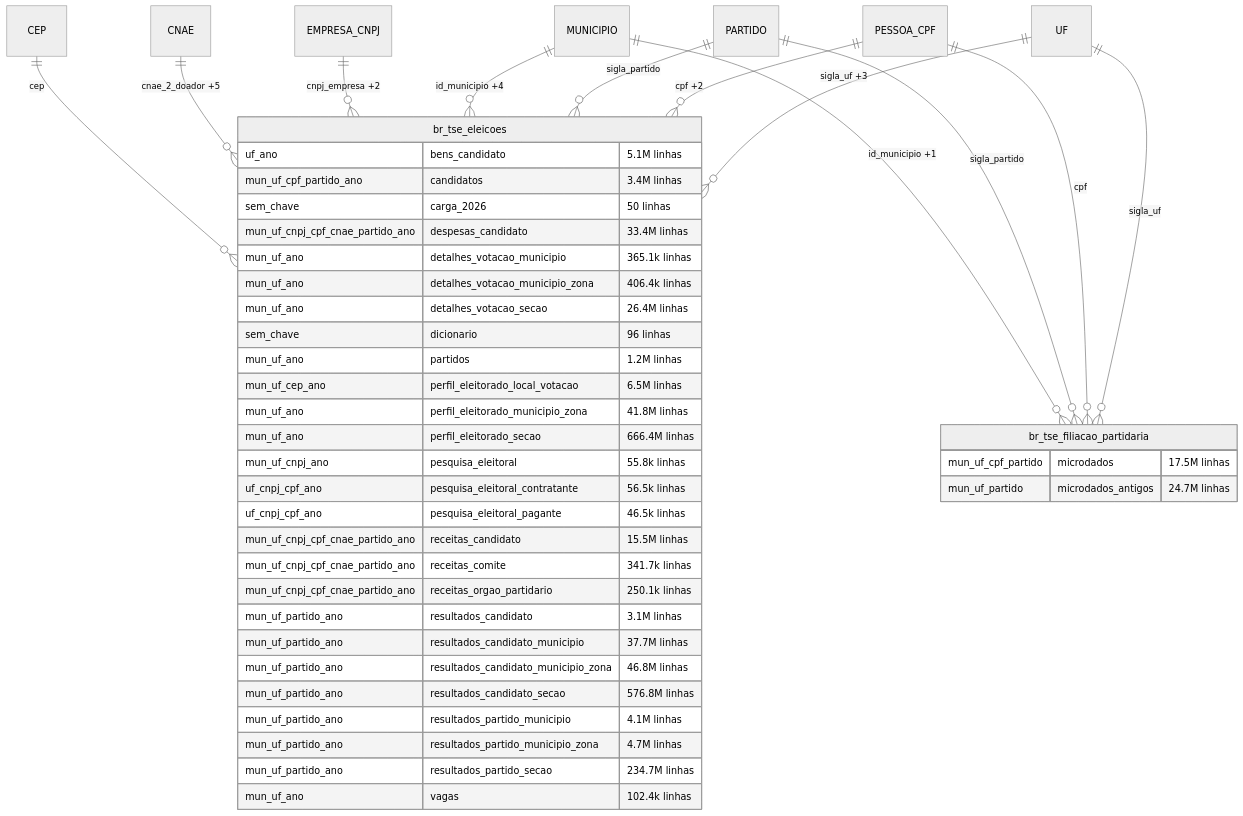
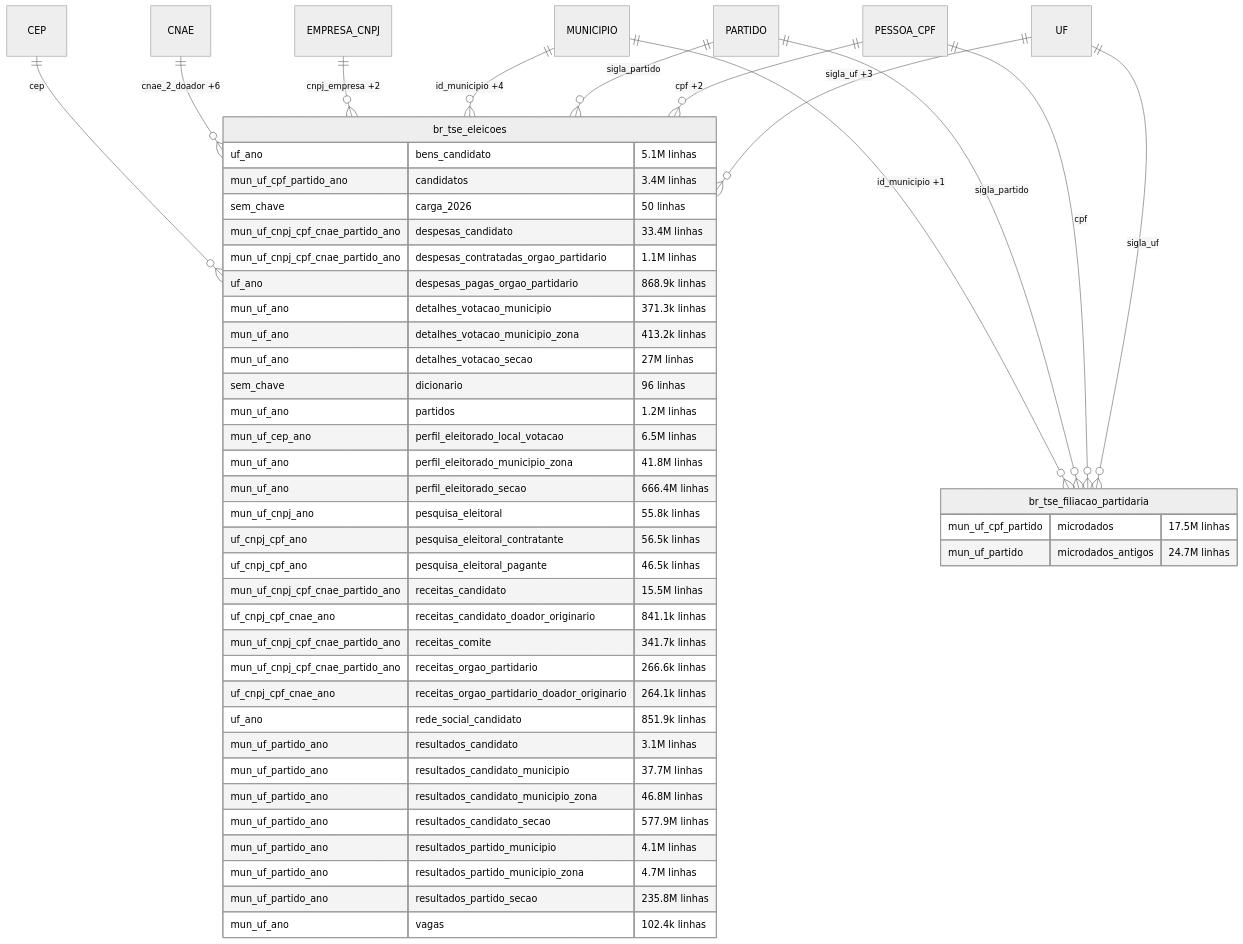
Diagram 20 of 37 in docs/mapa/ERD.md (rafapolo/rodado), drawn with Mermaid (neutral theme) before and after one commit. The commit also changed other lines of this file and 39 other files, not shown here.

````diff
--- a/docs/mapa/ERD.md
+++ b/docs/mapa/ERD.md
@@ -1741,46 +1850,51 @@
 ```mermaid
 erDiagram
     CEP ||--o{ br_tse_eleicoes : "cep"
-    CNAE ||--o{ br_tse_eleicoes : "cnae_2_doador +5"
+    CNAE ||--o{ br_tse_eleicoes : "cnae_2_doador +6"
     EMPRESA_CNPJ ||--o{ br_tse_eleicoes : "cnpj_empresa +2"
     MUNICIPIO ||--o{ br_tse_eleicoes : "id_municipio +4"
     PARTIDO ||--o{ br_tse_eleicoes : "sigla_partido"
     PESSOA_CPF ||--o{ br_tse_eleicoes : "cpf +2"
     UF ||--o{ br_tse_eleicoes : "sigla_uf +3"
     MUNICIPIO ||--o{ br_tse_filiacao_partidaria : "id_municipio +1"
     PARTIDO ||--o{ br_tse_filiacao_partidaria : "sigla_partido"
     PESSOA_CPF ||--o{ br_tse_filiacao_partidaria : "cpf"
     UF ||--o{ br_tse_filiacao_partidaria : "sigla_uf"
     br_tse_eleicoes {
         uf_ano bens_candidato "5.1M linhas"
         mun_uf_cpf_partido_ano candidatos "3.4M linhas"
         sem_chave carga_2026 "50 linhas"
         mun_uf_cnpj_cpf_cnae_partido_ano despesas_candidato "33.4M linhas"
-        mun_uf_ano detalhes_votacao_municipio "365.1k linhas"
-        mun_uf_ano detalhes_votacao_municipio_zona "406.4k linhas"
-        mun_uf_ano detalhes_votacao_secao "26.4M linhas"
+        mun_uf_cnpj_cpf_cnae_partido_ano despesas_contratadas_orgao_partidario "1.1M linhas"
+        uf_ano despesas_pagas_orgao_partidario "868.9k linhas"
+        mun_uf_ano detalhes_votacao_municipio "371.3k linhas"
+        mun_uf_ano detalhes_votacao_municipio_zona "413.2k linhas"
+        mun_uf_ano detalhes_votacao_secao "27M linhas"
         sem_chave dicionario "96 linhas"
         mun_uf_ano partidos "1.2M linhas"
         mun_uf_cep_ano perfil_eleitorado_local_votacao "6.5M linhas"
         mun_uf_ano perfil_eleitorado_municipio_zona "41.8M linhas"
         mun_uf_ano perfil_eleitorado_secao "666.4M linhas"
         mun_uf_cnpj_ano pesquisa_eleitoral "55.8k linhas"
         uf_cnpj_cpf_ano pesquisa_eleitoral_contratante "56.5k linhas"
         uf_cnpj_cpf_ano pesquisa_eleitoral_pagante "46.5k linhas"
         mun_uf_cnpj_cpf_cnae_partido_ano receitas_candidato "15.5M linhas"
+        uf_cnpj_cpf_cnae_ano receitas_candidato_doador_originario "841.1k linhas"
         mun_uf_cnpj_cpf_cnae_partido_ano receitas_comite "341.7k linhas"
-        mun_uf_cnpj_cpf_cnae_partido_ano receitas_orgao_partidario "250.1k linhas"
+        mun_uf_cnpj_cpf_cnae_partido_ano receitas_orgao_partidario "266.6k linhas"
+        uf_cnpj_cpf_cnae_ano receitas_orgao_partidario_doador_originario "264.1k linhas"
+        uf_ano rede_social_candidato "851.9k linhas"
         mun_uf_partido_ano resultados_candidato "3.1M linhas"
         mun_uf_partido_ano resultados_candidato_municipio "37.7M linhas"
         mun_uf_partido_ano resultados_candidato_municipio_zona "46.8M linhas"
-        mun_uf_partido_ano resultados_candidato_secao "576.8M linhas"
+        mun_uf_partido_ano resultados_candidato_secao "577.9M linhas"
         mun_uf_partido_ano resultados_partido_municipio "4.1M linhas"
         mun_uf_partido_ano resultados_partido_municipio_zona "4.7M linhas"
-        mun_uf_partido_ano resultados_partido_secao "234.7M linhas"
+        mun_uf_partido_ano resultados_partido_secao "235.8M linhas"
         mun_uf_ano vagas "102.4k linhas"
     }
     br_tse_filiacao_partidaria {
         mun_uf_cpf_partido microdados "17.5M linhas"
         mun_uf_partido microdados_antigos "24.7M linhas"
     }
 ```
````
